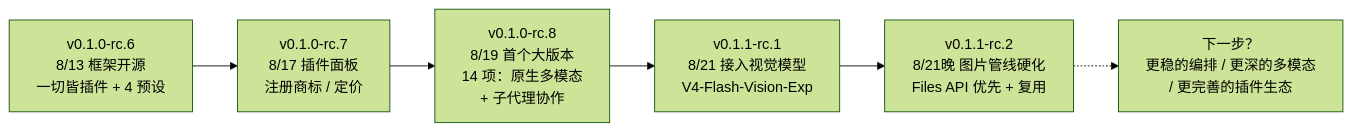
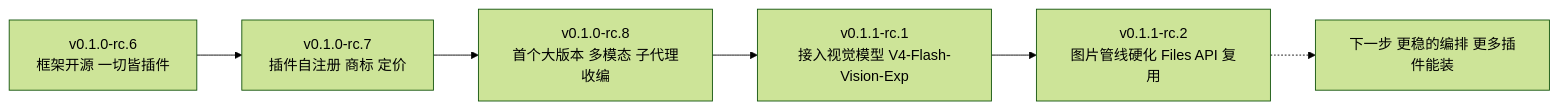
Before and after one commit to Hash-dogs/hexo-blog: the second of 2 diagrams in source/_posts/deepseek-harness-open-source-update-history.md, drawn with Mermaid (forest theme). The commit also changed other lines of this file, not shown here.

````diff
--- a/source/_posts/deepseek-harness-open-source-update-history.md
+++ b/source/_posts/deepseek-harness-open-source-update-history.md
@@ -203,8 +148,8 @@
 ```mermaid
 flowchart LR
-    A["v0.1.0-rc.6<br/>8/13 框架开源<br/>一切皆插件 + 4 预设"] --> B["v0.1.0-rc.7<br/>8/17 插件面板<br/>注册商标 / 定价"]
-    B --> C["v0.1.0-rc.8<br/>8/19 首个大版本<br/>14 项：原生多模态<br/>+ 子代理协作"]
-    C --> D["v0.1.1-rc.1<br/>8/21 接入视觉模型<br/>V4-Flash-Vision-Exp"]
-    D --> E["v0.1.1-rc.2<br/>8/21晚 图片管线硬化<br/>Files API 优先 + 复用"]
-    E -.-> F["下一步？<br/>更稳的编排 / 更深的多模态<br/>/ 更完善的插件生态"]
+    A["v0.1.0-rc.6<br/>框架开源 一切皆插件"] --> B["v0.1.0-rc.7<br/>插件自注册 商标 定价"]
+    B --> C["v0.1.0-rc.8<br/>首个大版本 多模态 子代理收编"]
+    C --> D["v0.1.1-rc.1<br/>接入视觉模型 V4-Flash-Vision-Exp"]
+    D --> E["v0.1.1-rc.2<br/>图片管线硬化 Files API 复用"]
+    E -.-> F["下一步 更稳的编排 更多插件能装"]
 ```
````
